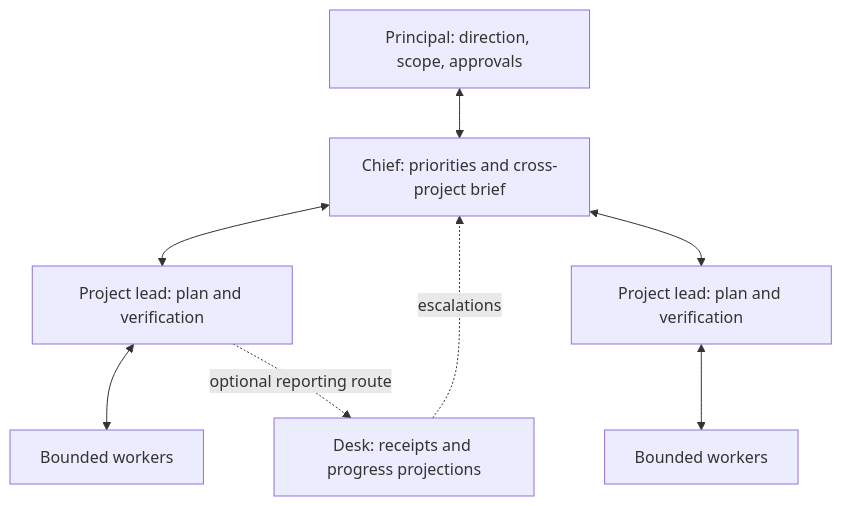
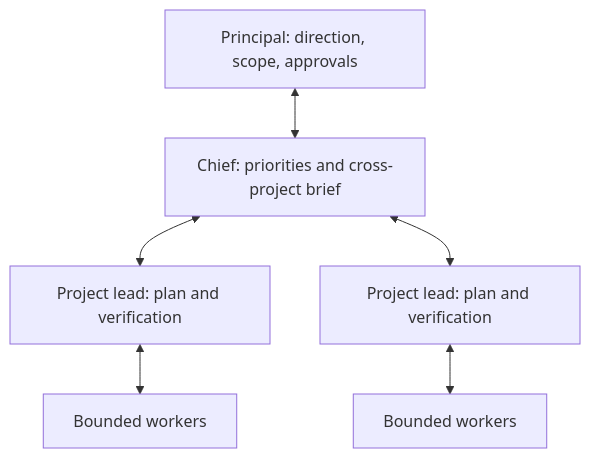
One commit to batteryshark/chief-of-staff changed the diagram in README.md. Above: the diagram before and after it, drawn with Mermaid. The commit also changed other lines of this file and 35 other files, not shown here.

````diff
--- a/README.md
+++ b/README.md
@@ -9,10 +9,8 @@
 ```mermaid
 flowchart TD
   P[Principal: direction, scope, approvals] <--> C[Chief: priorities and cross-project brief]
   C <--> L1[Project lead: plan and verification]
   C <--> L2[Project lead: plan and verification]
   L1 <--> W1[Bounded workers]
   L2 <--> W2[Bounded workers]
-  L1 -. optional reporting route .-> D[Desk: receipts and progress projections]
-  D -. escalations .-> C
 ```
````
